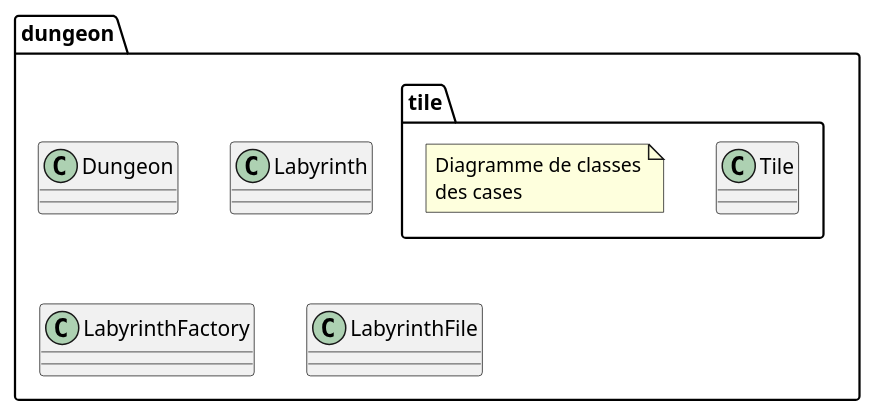
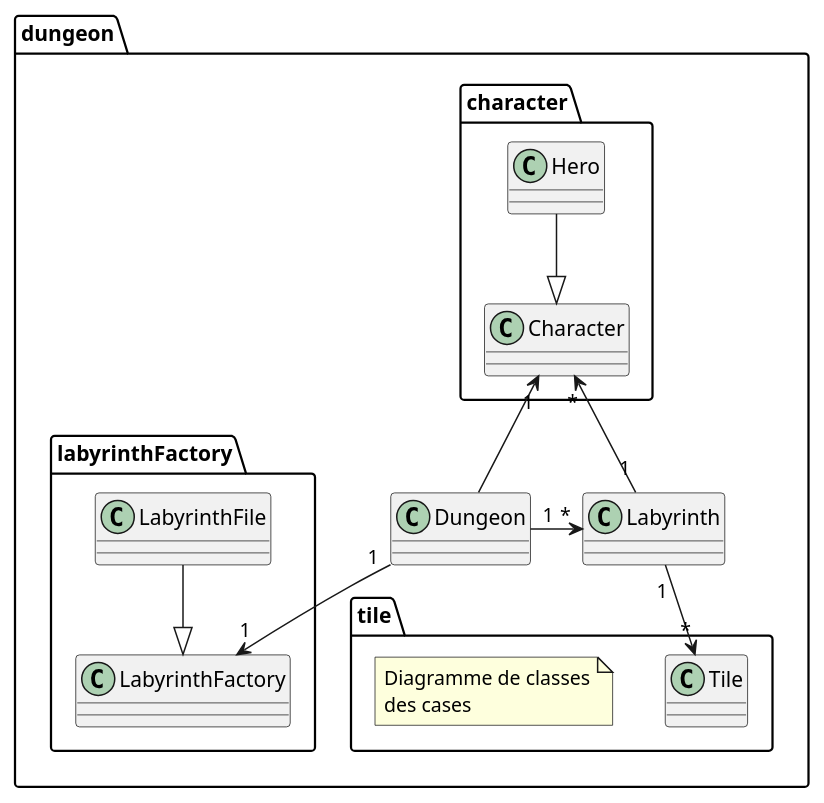
The diagram in doc/first_sprint/diagrams/class/global.puml (Reynault/ACL_2019_Zelpop), drawn with PlantUML before and after one commit. The commit also changed 3 other files, not shown here.

```diff
--- a/doc/first_sprint/diagrams/class/global.puml
+++ b/doc/first_sprint/diagrams/class/global.puml
@@ -1,37 +1,60 @@
 @startuml
 
 package dungeon{
 
     class Dungeon{
 
     }
 
     class Labyrinth{
 
 
     }
 
-    class LabyrinthFactory{
+    package tile{
+
+        class Tile{
+
+        }
+
+        note "Diagramme de classes\ndes cases" as N1
 
     }
 
-    class LabyrinthFile{
+    package character{
+
+        class Character{
+
+        }
+
+        class Hero{
+
+        }
 
     }
 
-    package tile{
+    package labyrinthFactory{
 
-    class Tile{
+        class LabyrinthFactory{
 
-    }
+        }
 
-    note "Diagramme de classes\ndes cases" as N1
+        class LabyrinthFile{
 
+        }
 
     }
 
 }
 
+Dungeon "1" -left-> "*" Labyrinth
+Dungeon "1" --> "1" LabyrinthFactory
+Labyrinth "1" --> "*" Tile
+Labyrinth "1" -up-> "*" Character
 
+Hero --|> Character
+Dungeon --> "1" Character
+
+LabyrinthFile --|> LabyrinthFactory
 
 @enduml
```
